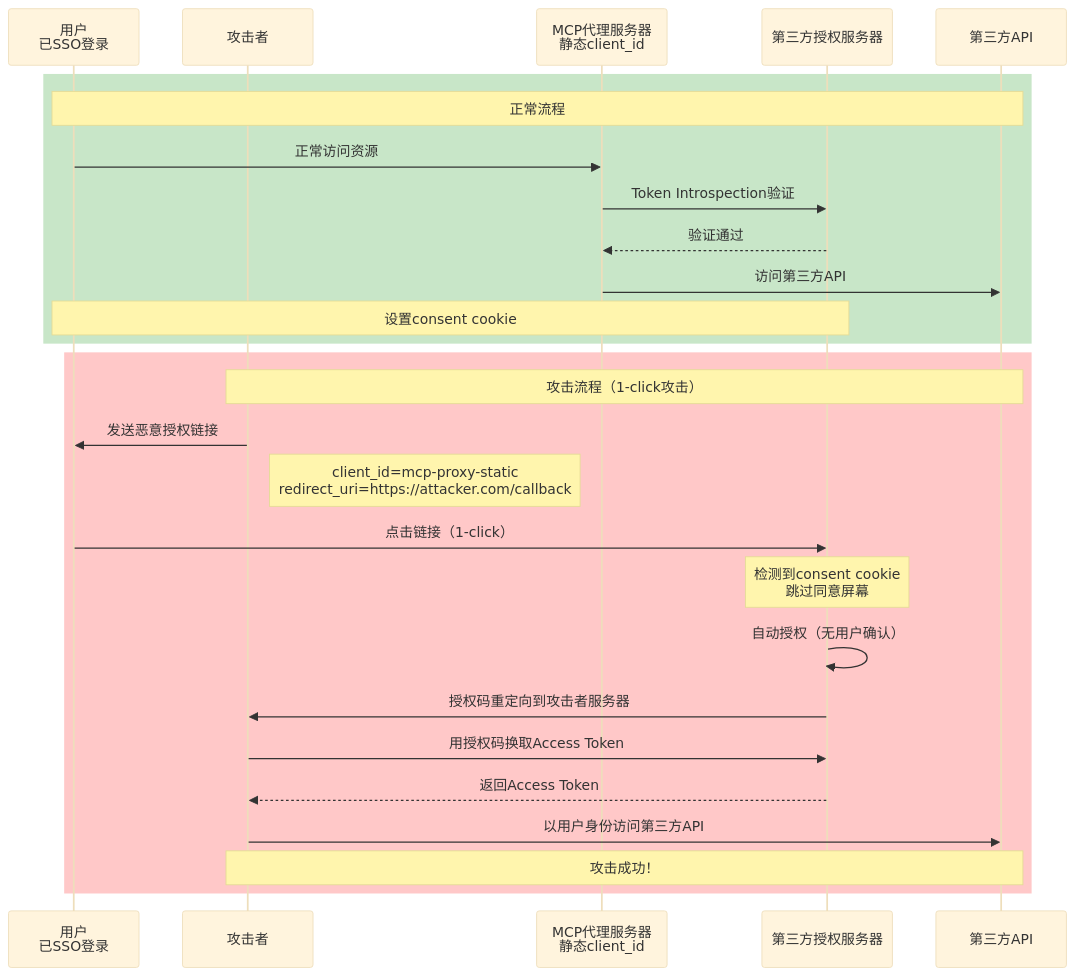
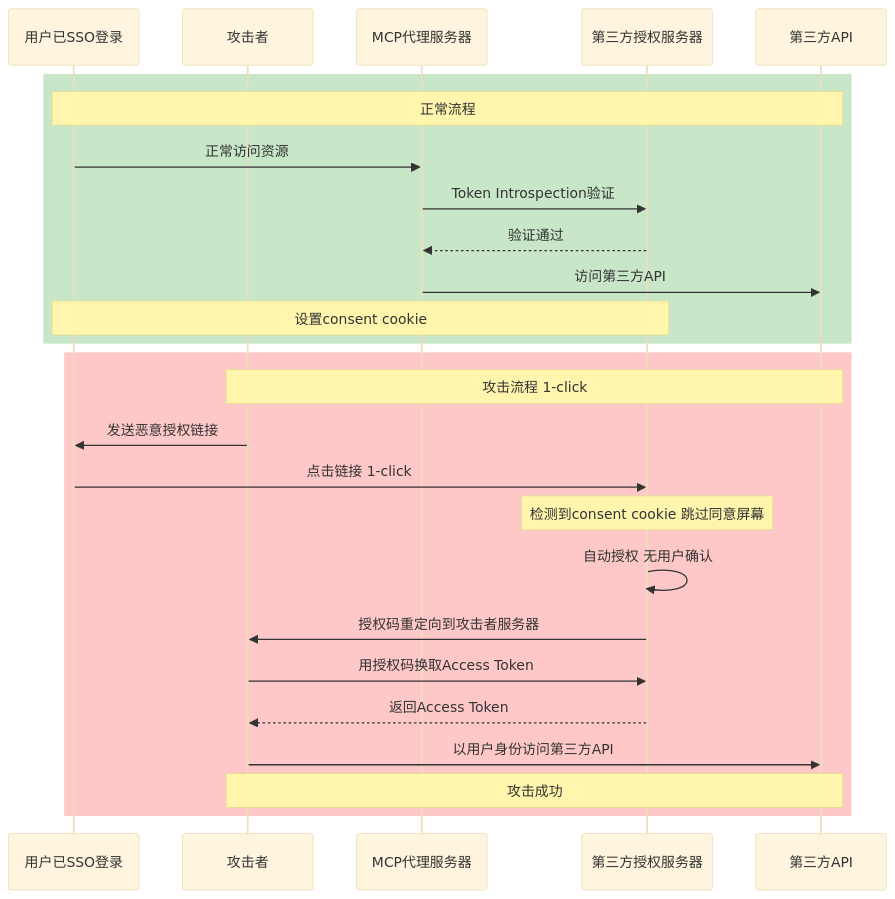
Before and after one commit to SilenceDiors/silencediors.github.io: the fourth of 6 diagrams in _posts/2025-11-26-mcp-oauth-threat-analysis.md, drawn with Mermaid (base theme). The commit also changed other lines of this file and 4 other files, not shown here.

Commit message:
Fix mermaid rendering: unify diagrams to fenced code blocks, robust JS converter

````diff
--- a/_posts/2025-11-26-mcp-oauth-threat-analysis.md
+++ b/_posts/2025-11-26-mcp-oauth-threat-analysis.md
@@ -273,31 +265,30 @@
-<div class="mermaid">
+```mermaid
 sequenceDiagram
-    participant User as 用户<br/>已SSO登录
+    participant User as 用户已SSO登录
     participant Attacker as 攻击者
-    participant MCP as MCP代理服务器<br/>静态client_id
+    participant MCP as MCP代理服务器
     participant AS as 第三方授权服务器
     participant API as 第三方API
 
     rect rgb(200, 230, 200)
-        Note over User,API: 正常流程
-        User->>MCP: 正常访问资源
-        MCP->>AS: Token Introspection验证
-        AS-->>MCP: 验证通过
-        MCP->>API: 访问第三方API
-        Note over User,AS: 设置consent cookie
+    Note over User,API: 正常流程
+    User->>MCP: 正常访问资源
+    MCP->>AS: Token Introspection验证
+    AS-->>MCP: 验证通过
+    MCP->>API: 访问第三方API
+    Note over User,AS: 设置consent cookie
     end
-    
+
     rect rgb(255, 200, 200)
-        Note over Attacker,API: 攻击流程（1-click攻击）
-        Attacker->>User: 发送恶意授权链接
-        Note right of Attacker: client_id=mcp-proxy-static<br/>redirect_uri=https://attacker.com/callback
-        User->>AS: 点击链接（1-click）
-        Note over AS: 检测到consent cookie<br/>跳过同意屏幕
-        AS->>AS: 自动授权（无用户确认）
-        AS->>Attacker: 授权码重定向到攻击者服务器
-        Attacker->>AS: 用授权码换取Access Token
-        AS-->>Attacker: 返回Access Token
-        Attacker->>API: 以用户身份访问第三方API
-        Note over Attacker,API: 攻击成功！
+    Note over Attacker,API: 攻击流程 1-click
+    Attacker->>User: 发送恶意授权链接
+    User->>AS: 点击链接 1-click
+    Note over AS: 检测到consent cookie 跳过同意屏幕
+    AS->>AS: 自动授权 无用户确认
+    AS->>Attacker: 授权码重定向到攻击者服务器
+    Attacker->>AS: 用授权码换取Access Token
+    AS-->>Attacker: 返回Access Token
+    Attacker->>API: 以用户身份访问第三方API
+    Note over Attacker,API: 攻击成功
     end
-</div>
+```
````
